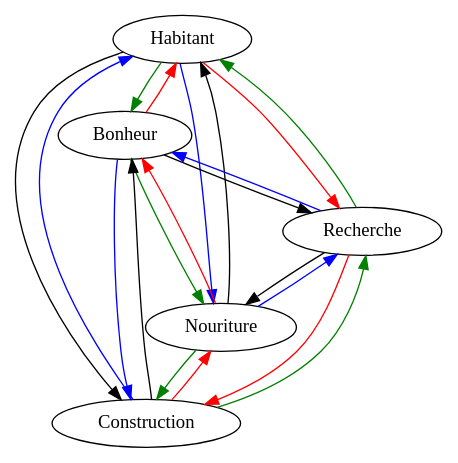
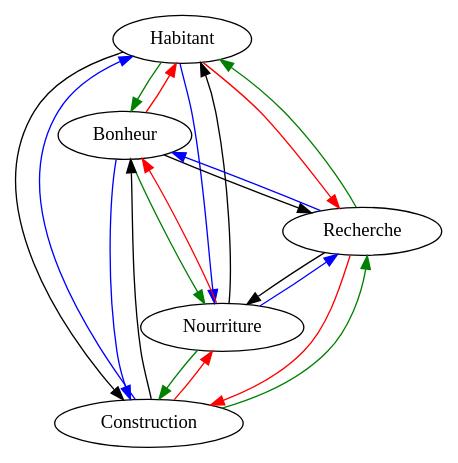
One commit to robustsolution/kotlin-city-builder changed the diagram in gameDesign/general.md. Above: the diagram before and after it, drawn with Graphviz. The commit also changed other lines of this file and 1 other file, not shown here.

Commit message:
Fix gameDesign / README.md

````diff
--- a/gameDesign/general.md
+++ b/gameDesign/general.md
@@ -5,24 +5,24 @@
 ```dot {engine="circo"}
 digraph {
   Habitant -> Bonheur[color=green]
   Habitant -> Construction
-  Habitant -> Nouriture[color=blue]
+  Habitant -> Nourriture[color=blue]
   Habitant -> Recherche[color=red]
   Bonheur -> Habitant[color=red]
   Bonheur -> Construction[color=blue]
   Bonheur -> Recherche
-  Bonheur -> Nouriture[color=green]
+  Bonheur -> Nourriture[color=green]
   Construction -> Habitant[color=blue]
   Construction -> Recherche[color=green]
   Construction -> Bonheur
-  Construction -> Nouriture[color=red]
-  Nouriture -> Habitant
-  Nouriture -> Construction[color=green]
-  Nouriture -> Bonheur[color=red]
-  Nouriture -> Recherche[color=blue]
+  Construction -> Nourriture[color=red]
+  Nourriture -> Habitant
+  Nourriture -> Construction[color=green]
+  Nourriture -> Bonheur[color=red]
+  Nourriture -> Recherche[color=blue]
   Recherche -> Habitant[color=green]
   Recherche -> Bonheur[color=blue]
-  Recherche -> Nouriture
+  Recherche -> Nourriture
   Recherche -> Construction[color=red]
 }
 ```
````
